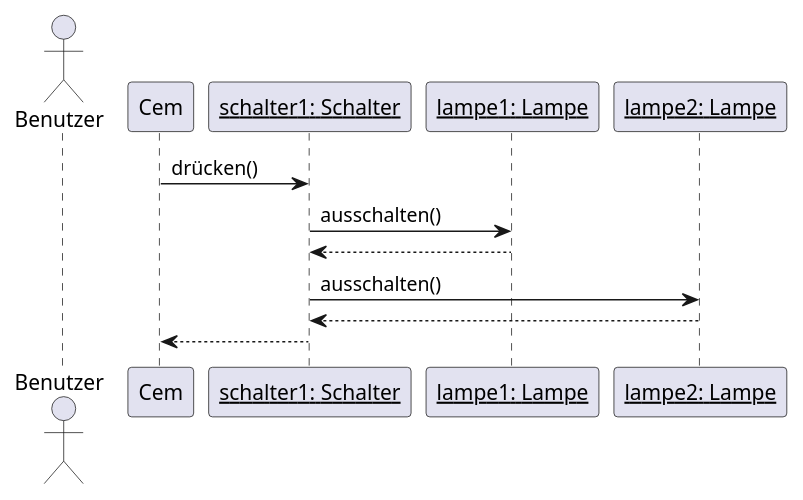
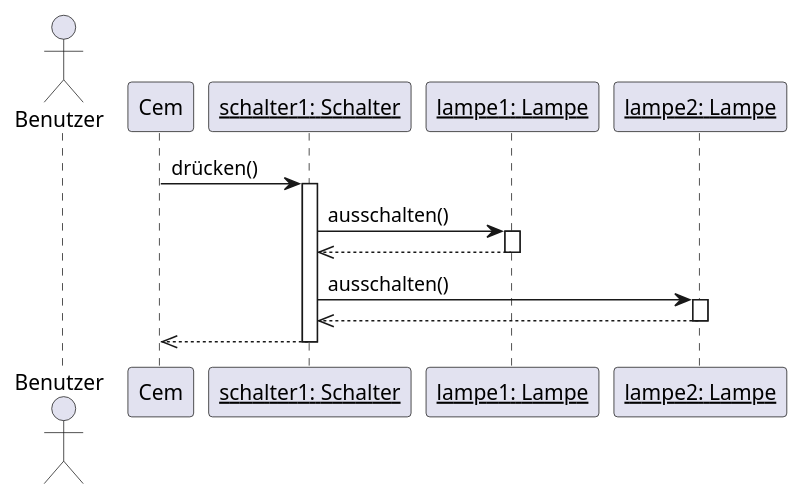
Before and after one commit to andrebauer/unterricht: the seventh of 13 diagrams in docs/anwendungsentwicklung/objektorientierte-analyse-und-modellierung/slides/ooa-oom.adoc, drawn with PlantUML. The commit also changed other lines of this file and 1 other file, not shown here.

Commit message:
Added execution specifications to the sequence diagrams.

```diff
--- a/docs/anwendungsentwicklung/objektorientierte-analyse-und-modellierung/slides/ooa-oom.adoc
+++ b/docs/anwendungsentwicklung/objektorientierte-analyse-und-modellierung/slides/ooa-oom.adoc
@@ -179,14 +187,22 @@
 [plantuml, {prefix}-sequenzdiagramm-2, svg]
 ....
 actor Benutzer
 
 Cem -> "<u>schalter1: Schalter</u>" as schalter1: drücken()
+activate schalter1
 
 schalter1 -> "<u>lampe1: Lampe</u>" as lampe1: ausschalten()
-lampe1 --> schalter1
+activate lampe1
+
+lampe1 -->> schalter1
+deactivate lampe1
 
 schalter1 -> "<u>lampe2: Lampe</u>" as lampe2: ausschalten()
-lampe2 --> schalter1
+activate lampe2
 
-schalter1 --> Cem
+lampe2 -->> schalter1
+deactivate lampe2
+
+schalter1 -->> Cem
+deactivate schalter1
 ....
```
